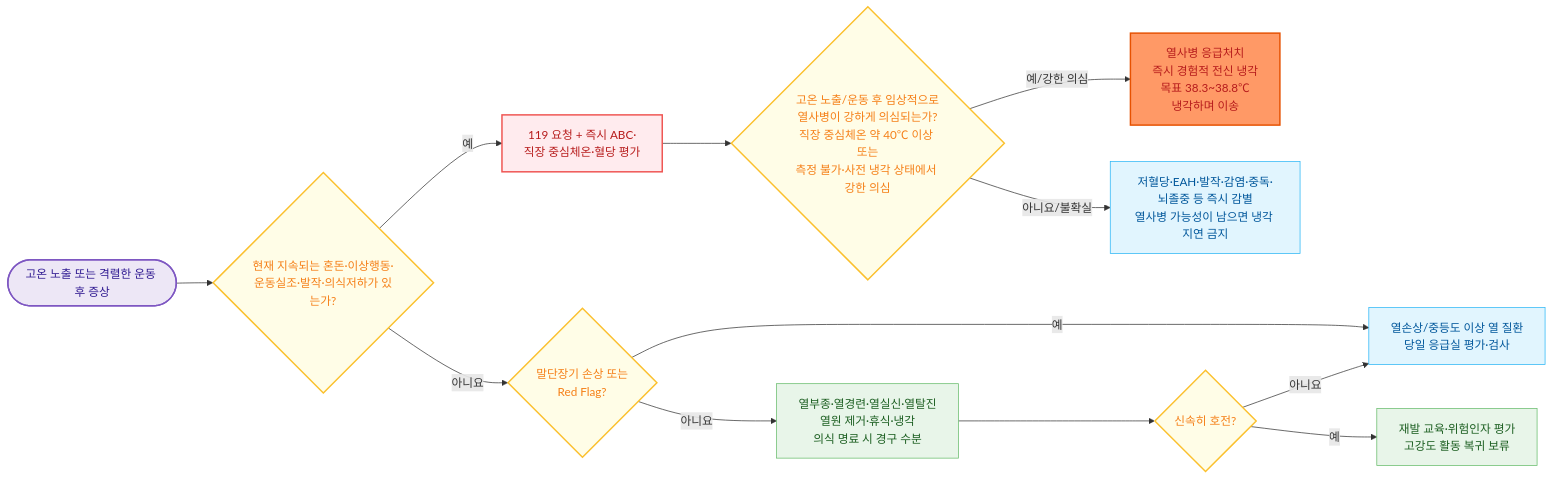
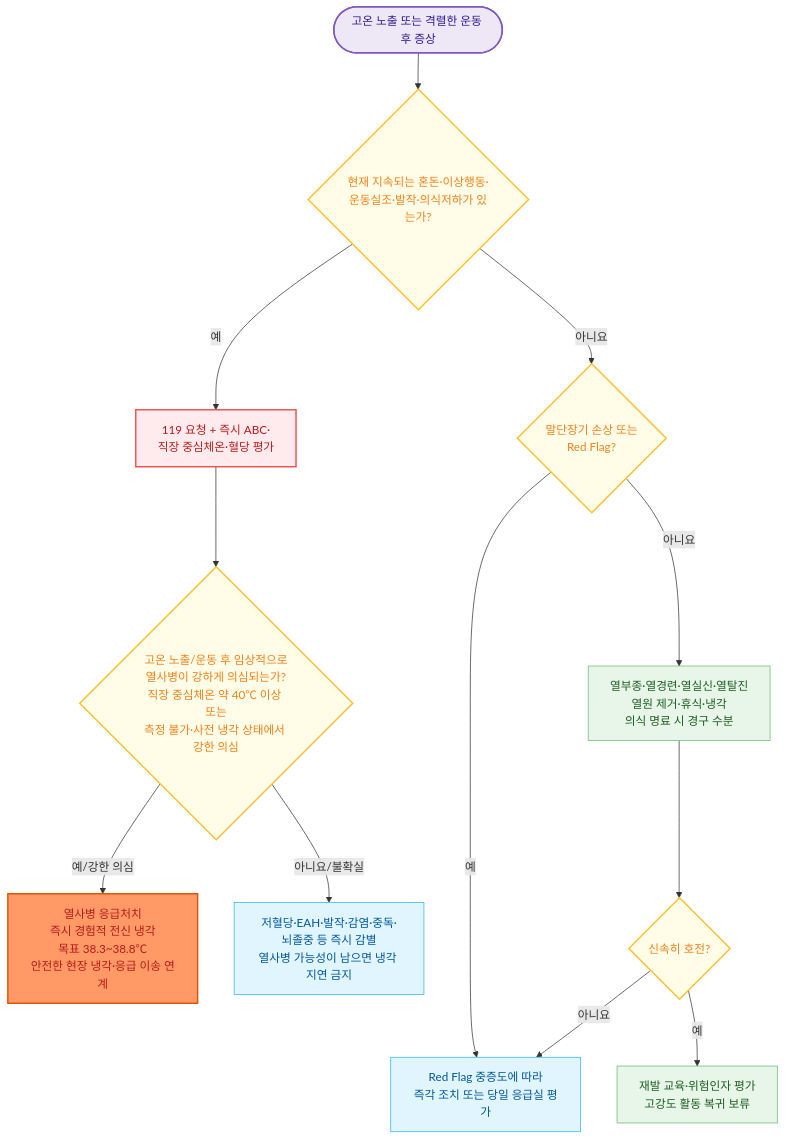
Before and after one commit to familyoh77/familyoh77: the diagram in 230_/205_-heat-illness.md, drawn with Mermaid. The commit also changed other lines of this file and 11 other files, not shown here.

````diff
--- a/230_/205_-heat-illness.md
+++ b/230_/205_-heat-illness.md
@@ -106,30 +108,30 @@
 ```mermaid
-flowchart LR
+flowchart TD
     A(["고온 노출 또는 격렬한 운동 후 증상"]) --> B{"현재 지속되는 혼돈·이상행동·<br/>운동실조·발작·의식저하가 있는가?"}
 
     B -- "예" --> C["119 요청 + 즉시 ABC·<br/>직장 중심체온·혈당 평가"]
     C --> D{"고온 노출/운동 후 임상적으로<br/>열사병이 강하게 의심되는가?<br/>직장 중심체온 약 40℃ 이상 또는<br/>측정 불가·사전 냉각 상태에서 강한 의심"}
-    D -- "예/강한 의심" --> E["열사병 응급처치<br/>즉시 경험적 전신 냉각<br/>목표 38.3~38.8℃<br/>냉각하며 이송"]
+    D -- "예/강한 의심" --> E["열사병 응급처치<br/>즉시 경험적 전신 냉각<br/>목표 38.3~38.8℃<br/>안전한 현장 냉각·응급 이송 연계"]
     D -- "아니요/불확실" --> F["저혈당·EAH·발작·감염·중독·<br/>뇌졸중 등 즉시 감별<br/>열사병 가능성이 남으면 냉각 지연 금지"]
 
     B -- "아니요" --> G{"말단장기 손상 또는<br/>Red Flag?"}
-    G -- "예" --> H["열손상/중등도 이상 열 질환<br/>당일 응급실 평가·검사"]
+    G -- "예" --> H["Red Flag 중증도에 따라<br/>즉각 조치 또는 당일 응급실 평가"]
     G -- "아니요" --> I["열부종·열경련·열실신·열탈진<br/>열원 제거·휴식·냉각<br/>의식 명료 시 경구 수분"]
     I --> J{"신속히 호전?"}
     J -- "아니요" --> H
     J -- "예" --> K["재발 교육·위험인자 평가<br/>고강도 활동 복귀 보류"]
 
     style E fill:#f96,stroke:#e65100,stroke-width:2px
 
     classDef header fill:#ede7f6,stroke:#7e57c2,color:#311b92,stroke-width:2px;
     classDef decision fill:#fffde7,stroke:#fbc02d,color:#f57f17,stroke-width:2px;
     classDef emergency fill:#ffebee,stroke:#ef5350,color:#b71c1c,stroke-width:2px;
     classDef action fill:#e1f5fe,stroke:#29b6f6,color:#01579b,stroke-width:1px;
     classDef follow fill:#e8f5e9,stroke:#66bb6a,color:#1b5e20,stroke-width:1px;
 
     class A header;
     class B,D,G,J decision;
     class C,E emergency;
     class F,H action;
     class I,K follow;
 ```
````
